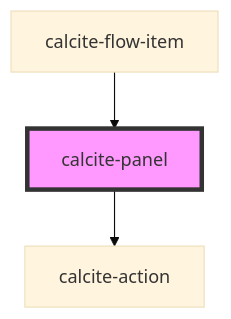
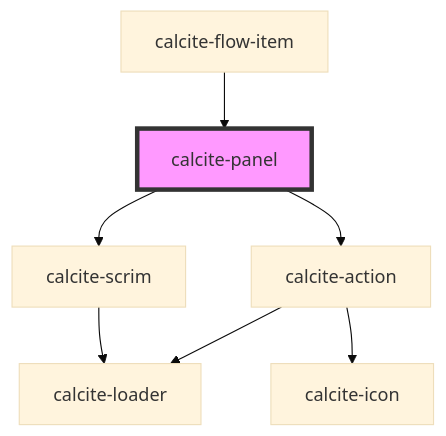
Before and after one commit to Esri/calcite-design-system: the diagram in src/components/calcite-panel/readme.md, drawn with Mermaid (base theme). The commit also changed other lines of this file and 27 other files, not shown here.

````diff
--- a/src/components/calcite-panel/readme.md
+++ b/src/components/calcite-panel/readme.md
@@ -122,6 +123,10 @@
 ```mermaid
 graph TD;
   calcite-panel --> calcite-action
+  calcite-panel --> calcite-scrim
+  calcite-action --> calcite-loader
+  calcite-action --> calcite-icon
+  calcite-scrim --> calcite-loader
   calcite-flow-item --> calcite-panel
   style calcite-panel fill:#f9f,stroke:#333,stroke-width:4px
 ```
````
